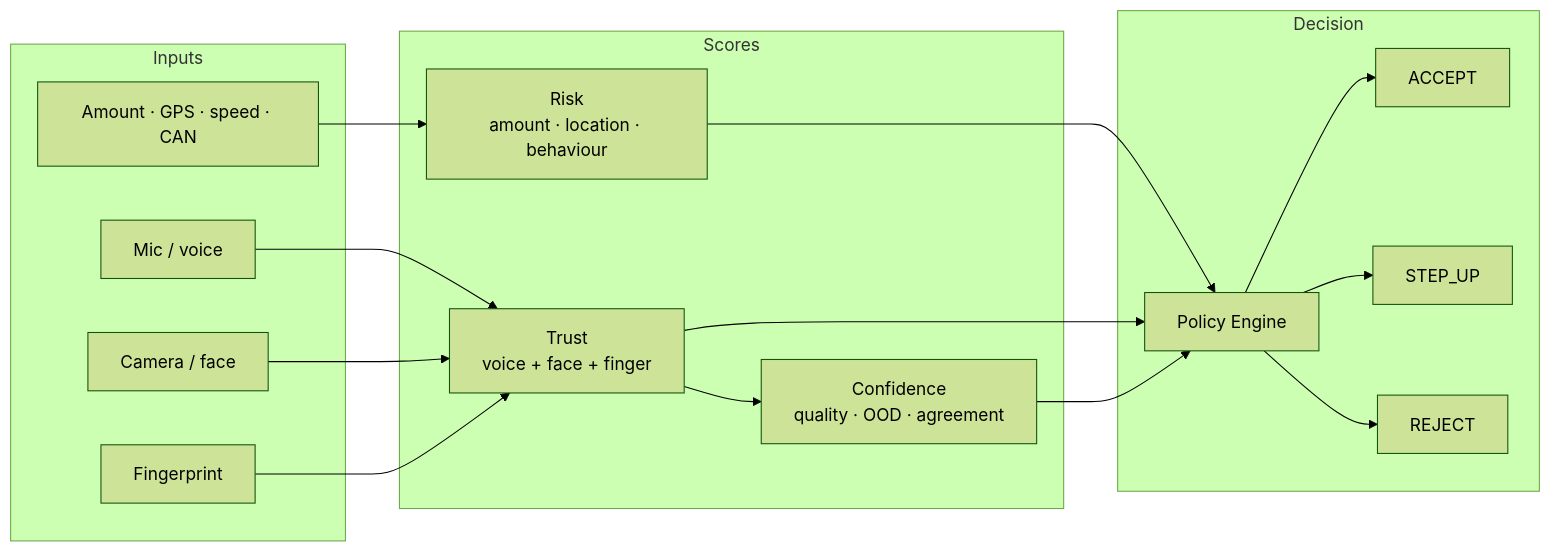
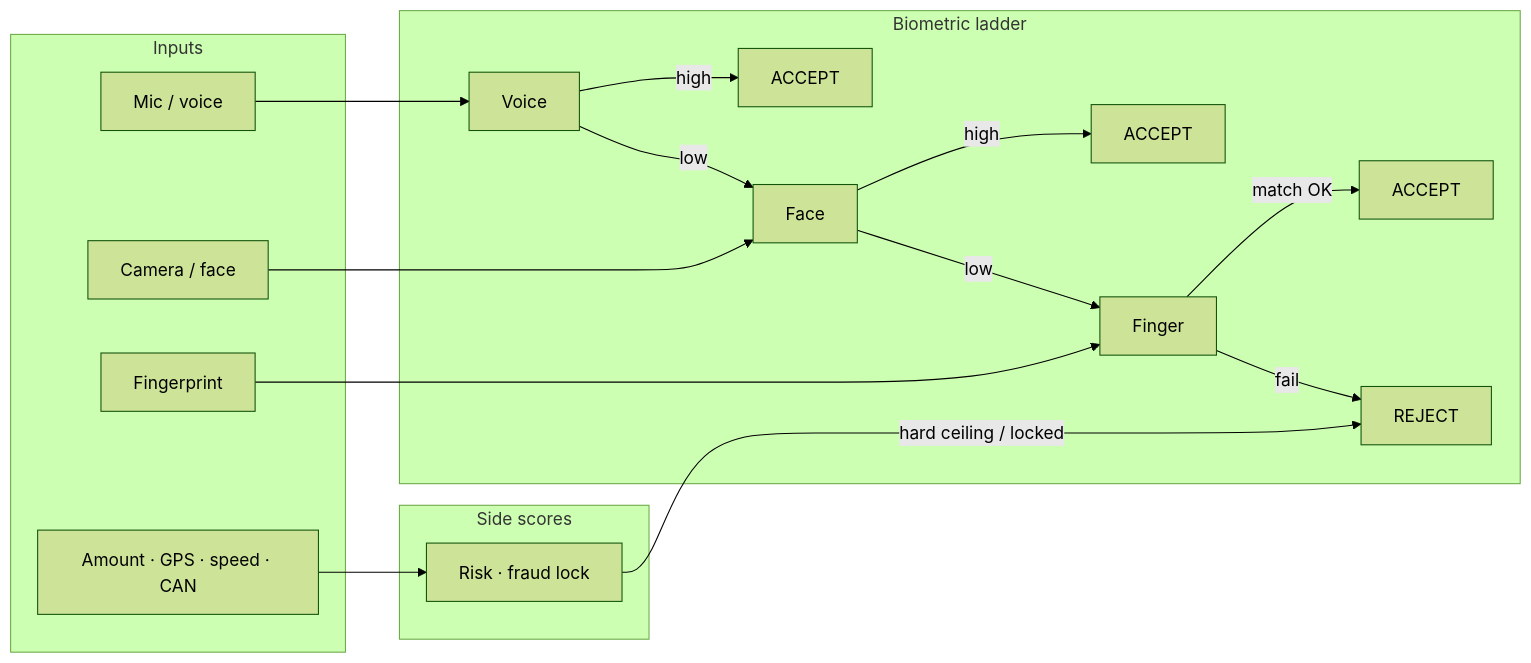
One commit to couder-04/Drive_auth_edge changed the first of 8 diagrams in README.md. Above: the diagram before and after it, drawn with Mermaid (forest theme). The commit also changed other lines of this file and 269 other files, not shown here.

````diff
--- a/README.md
+++ b/README.md
@@ -49,34 +53,31 @@
 ```mermaid
 flowchart LR
   subgraph In["Inputs"]
     MIC[Mic / voice]
     CAM[Camera / face]
     FNG[Fingerprint]
     CTX[Amount · GPS · speed · CAN]
   end
 
-  subgraph Scores["Scores"]
-    T["Trust\nvoice + face + finger"]
-    R["Risk\namount · location · behaviour"]
-    C["Confidence\nquality · OOD · agreement"]
+  subgraph Ladder["Biometric ladder"]
+    V[Voice]
+    F[Face]
+    G[Finger]
+    V -->|high| A1[ACCEPT]
+    V -->|low| F
+    F -->|high| A2[ACCEPT]
+    F -->|low| G
+    G -->|match OK| A3[ACCEPT]
+    G -->|fail| X[REJECT]
   end
 
-  subgraph Out["Decision"]
-    PE[Policy Engine]
-    A[ACCEPT]
-    S[STEP_UP]
-    X[REJECT]
+  subgraph Side["Side scores"]
+    R["Risk · fraud lock"]
   end
 
-  MIC --> T
-  CAM --> T
-  FNG --> T
+  MIC --> V
+  CAM --> F
+  FNG --> G
   CTX --> R
-  T --> C
-  R --> PE
-  T --> PE
-  C --> PE
-  PE --> A
-  PE --> S
-  PE --> X
+  R -->|hard ceiling / locked| X
 ```
````
